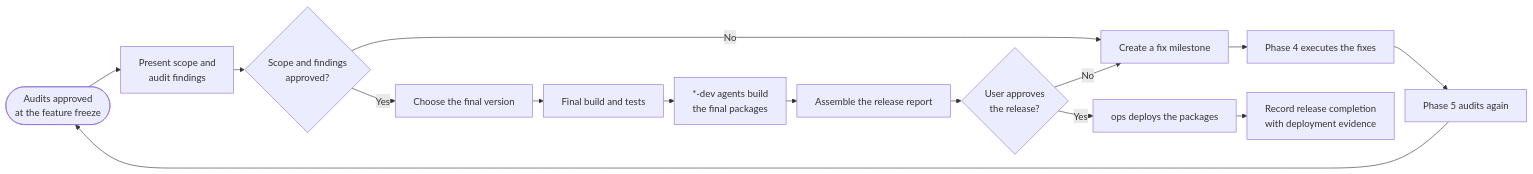
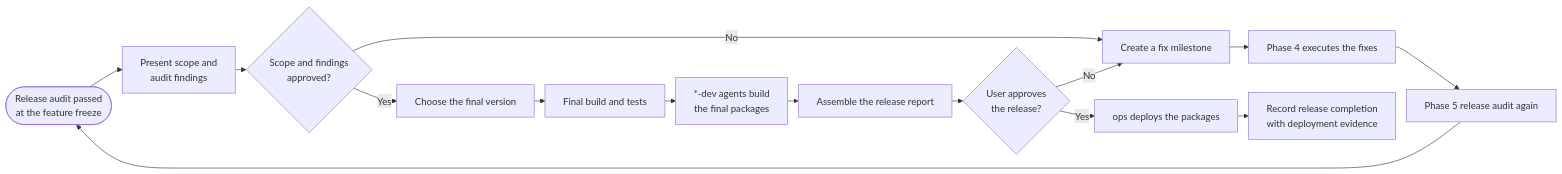
One commit to lyndametref/opencode-dev-workflow changed the diagram in workflows/orchestrator/6-Release.md. Above: the diagram before and after it, drawn with Mermaid. The commit also changed other lines of this file and 21 other files, not shown here.

````diff
--- a/workflows/orchestrator/6-Release.md
+++ b/workflows/orchestrator/6-Release.md
@@ -29,18 +29,18 @@
 ```mermaid
 %%{init: {"flowchart": {"nodeSpacing": 10, "rankSpacing": 18}}}%%
 flowchart LR
-    IN([Audits approved<br/>at the feature freeze]) --> GATE["Present scope and<br/>audit findings"]
+    IN([Release audit passed<br/>at the feature freeze]) --> GATE["Present scope and<br/>audit findings"]
     GATE --> OK{"Scope and findings<br/>approved?"}
     OK -->|"No"| FIX["Create a fix milestone"]
     OK -->|"Yes"| VERSION["Choose the final version"]
     VERSION --> BUILD["Final build and tests"]
     BUILD --> PKG["*-dev agents build<br/>the final packages"]
     PKG --> REPORT["Assemble the release report"]
     REPORT --> APPROVE{"User approves<br/>the release?"}
     APPROVE -->|"No"| FIX
     APPROVE -->|"Yes"| DEPLOY["ops deploys the packages"]
     DEPLOY --> CLOSE["Record release completion<br/>with deployment evidence"]
     FIX --> IMPL["Phase 4 executes the fixes"]
-    IMPL --> AUD["Phase 5 audits again"]
-    AUD --> IN
+    IMPL --> RA["Phase 5 release audit again"]
+    RA --> IN
 ```
````
